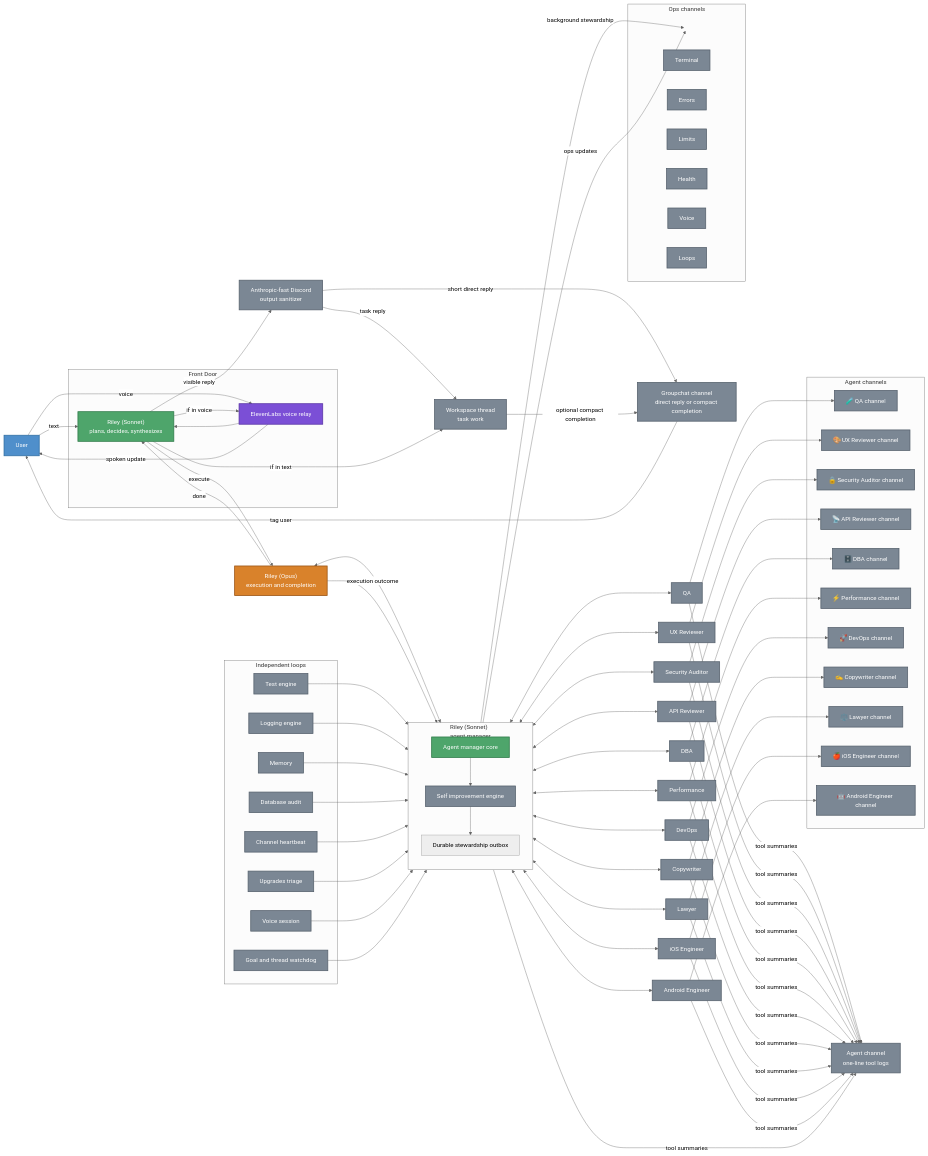
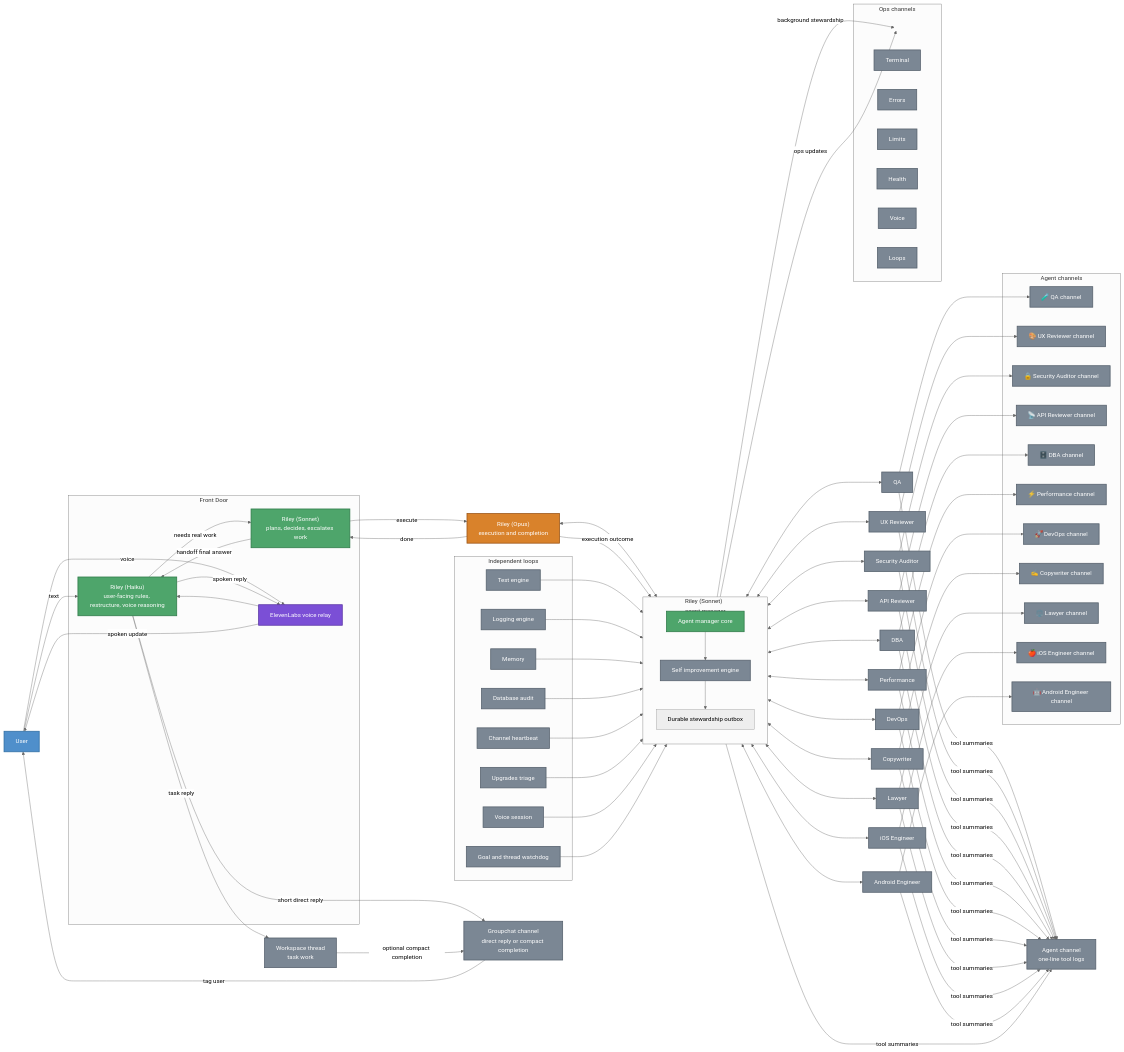
The diagram in README.md (jflessenkemper/ASAP-discord), drawn with Mermaid (neutral theme) before and after one commit. The commit also changed other lines of this file and 2 other files, not shown here.

Commit message:
Update Haiku front-door architecture

```diff
--- a/README.md
+++ b/README.md
@@ -36,7 +36,6 @@
     Opus["Riley (Opus)<br/>execution and completion"]
     Groupchat[Groupchat channel<br/>direct reply or compact completion]
     Workspace[Workspace thread<br/>task work]
-    OutputSanitizer["Anthropic-fast Discord<br/>output sanitizer"]
     ToolLogs["Agent channel<br/>one-line tool logs"]
     QAAgent[QA]
     UXAgent[UX Reviewer]
@@ -51,7 +50,8 @@
     AndroidAgent[Android Engineer]
 
     subgraph FrontDoor[Front Door]
-        Riley["Riley (Sonnet)<br/>plans, decides, synthesizes"]
+        RileyHaiku["Riley (Haiku)<br/>user-facing rules, restructure, voice reasoning"]
+        Riley["Riley (Sonnet)<br/>plans, decides, escalates work"]
         Voice[ElevenLabs voice relay]
     end
 
@@ -99,9 +99,10 @@
         LoopsCh[Loops]
     end
 
-    User -->|text| Riley
+    User -->|text| RileyHaiku
     User -->|voice| Voice
-    Voice --> Riley
+    Voice --> RileyHaiku
+    RileyHaiku -->|needs real work| Riley
     Riley -->|execute| Opus
     Opus <--> AgentManagerCore
     AgentManagerCore <--> QAAgent
@@ -138,9 +139,10 @@
     StewardQueue -->|background stewardship| OpsHub
     SelfImproveEngine -->|ops updates| OpsHub
     Opus -->|done| Riley
-    Riley -->|visible reply| OutputSanitizer
-    OutputSanitizer -->|short direct reply| Groupchat
-    OutputSanitizer -->|task reply| Workspace
+    Riley -->|handoff final answer| RileyHaiku
+    RileyHaiku -->|short direct reply| Groupchat
+    RileyHaiku -->|task reply| Workspace
+    RileyHaiku -->|spoken reply| Voice
     Workspace -->|optional compact completion| Groupchat
     AgentManagerCore -->|tool summaries| ToolLogs
     QAAgent -->|tool summaries| ToolLogs
@@ -154,9 +156,7 @@
     LawyerAgent -->|tool summaries| ToolLogs
     IOSAgent -->|tool summaries| ToolLogs
     AndroidAgent -->|tool summaries| ToolLogs
-    Riley -->|if in voice| Voice
     Voice -->|spoken update| User
-    Riley -->|if in text| Workspace
     Groupchat -->|tag user| User
 
     classDef user fill:#4f8fcb,stroke:#2f6ea3,color:#ffffff,stroke-width:2px;
@@ -167,8 +167,8 @@
     classDef hidden fill:transparent,stroke:transparent,color:transparent;
 
     class User user;
-    class Riley riley;
-    class Groupchat,Workspace,OutputSanitizer,ToolLogs,SelfImproveEngine,QAAgent,UXAgent,SecurityAgent,APIAgent,DBAAgent,PerformanceAgent,DevOpsAgent,CopywriterAgent,LawyerAgent,IOSAgent,AndroidAgent,QAChan,UXChan,SecurityChan,APIChan,DBAChan,PerformanceChan,DevOpsChan,CopywriterChan,LawyerChan,IOSChan,AndroidChan,TestEngine,LoggingEngine,MemoryLoop,DatabaseAudit,ChannelHeartbeat,UpgradesTriage,VoiceSession,GoalWatchdog,TerminalCh,ErrorsCh,LimitsCh,HealthCh,VoiceCh,LoopsCh surface;
+    class RileyHaiku,Riley riley;
+    class Groupchat,Workspace,ToolLogs,SelfImproveEngine,QAAgent,UXAgent,SecurityAgent,APIAgent,DBAAgent,PerformanceAgent,DevOpsAgent,CopywriterAgent,LawyerAgent,IOSAgent,AndroidAgent,QAChan,UXChan,SecurityChan,APIChan,DBAChan,PerformanceChan,DevOpsChan,CopywriterChan,LawyerChan,IOSChan,AndroidChan,TestEngine,LoggingEngine,MemoryLoop,DatabaseAudit,ChannelHeartbeat,UpgradesTriage,VoiceSession,GoalWatchdog,TerminalCh,ErrorsCh,LimitsCh,HealthCh,VoiceCh,LoopsCh surface;
     class Voice voice;
     class Opus opus;
     class AgentManagerCore riley;
```
